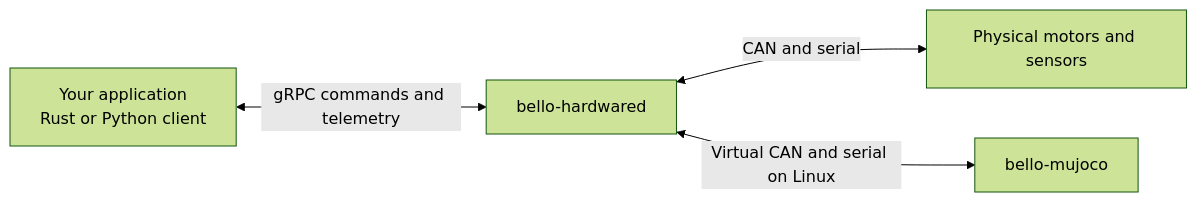
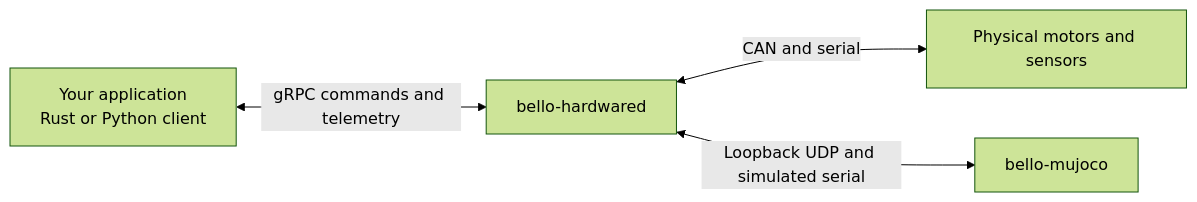
Before and after one commit to MotomindKR/bello-stack: the diagram in README.md, drawn with Mermaid (forest theme). The commit also changed other lines of this file and 54 other files, not shown here.

First line of the commit message:
Use loopback UDP by default for simulated CAN (#57)

````diff
--- a/README.md
+++ b/README.md
@@ -7,6 +7,6 @@
 ```mermaid
 flowchart LR
     app["Your application<br/>Rust or Python client"] <-->|"gRPC commands and telemetry"| daemon["bello-hardwared"]
     daemon <-->|"CAN and serial"| robot["Physical motors and sensors"]
-    daemon <-->|"Virtual CAN and serial on Linux"| sim["bello-mujoco"]
+    daemon <-->|"Loopback UDP and simulated serial"| sim["bello-mujoco"]
 ```
````
